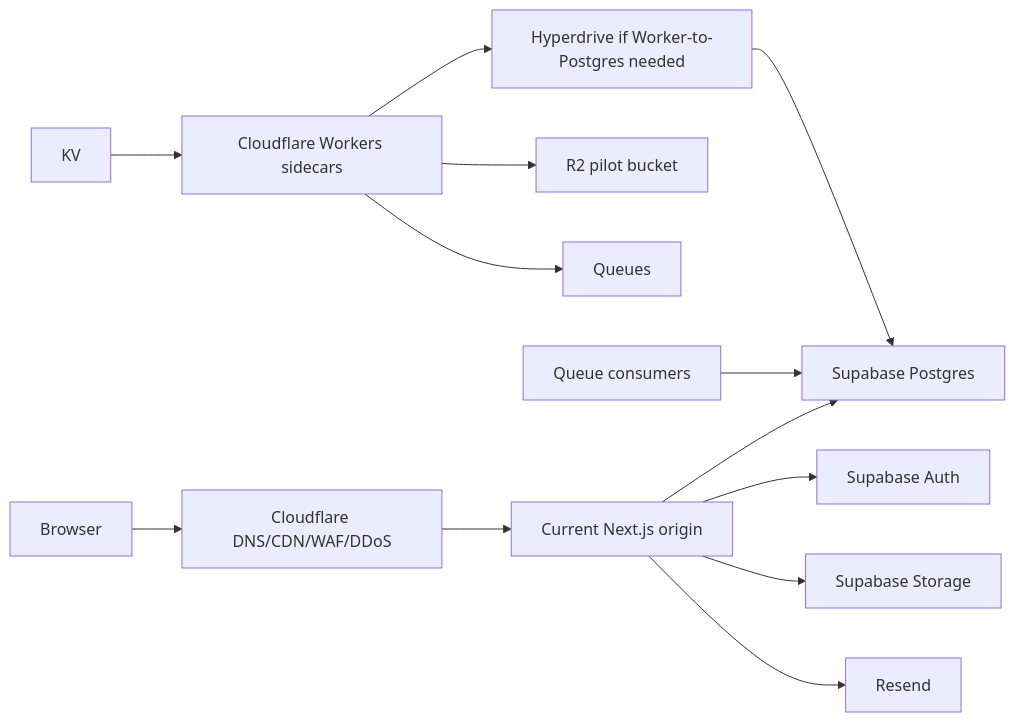
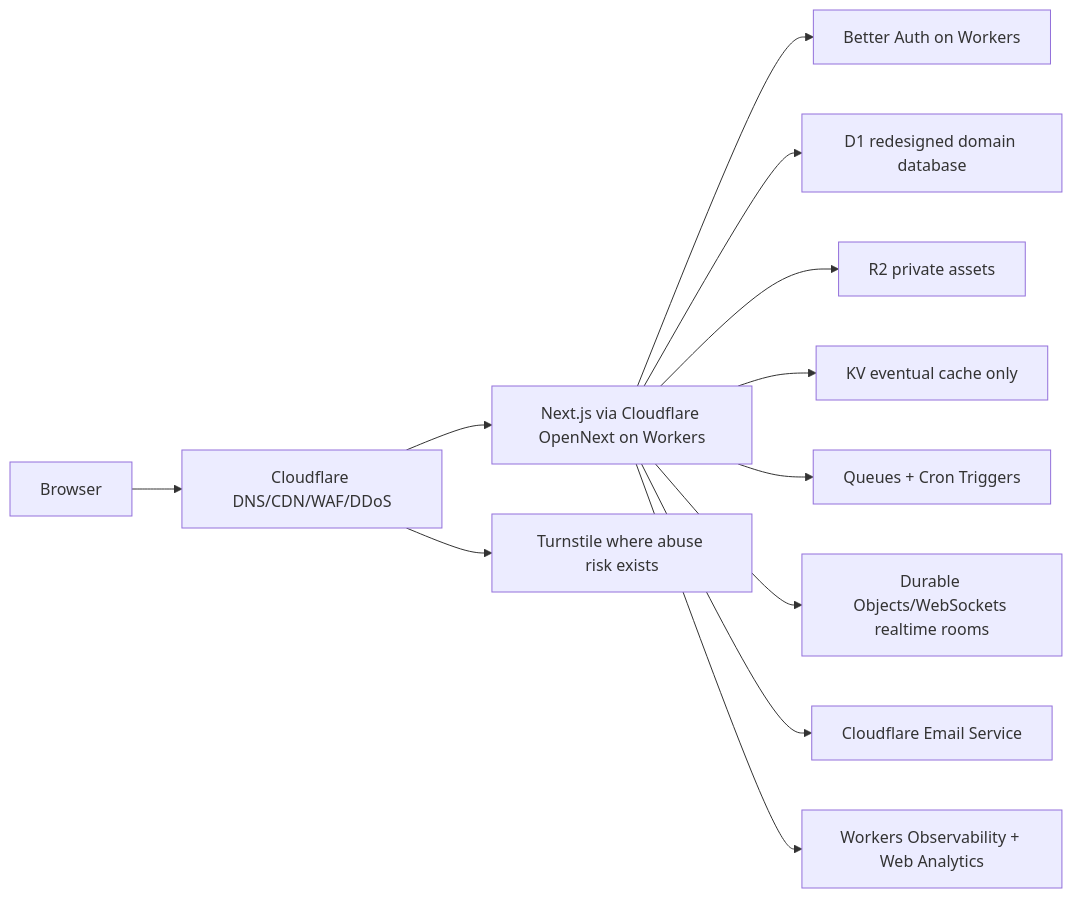
One commit to pjel888/archestimator changed the second of 3 diagrams in .ai/03_plans/2026-06-29-Cloudflare-Migration-Codex/06_ARCHITECTURE_AND_TECHNICAL_DESIGN.md. Above: the diagram before and after it, drawn with Mermaid. The commit also changed other lines of this file and 30 other files, not shown here.

````diff
--- a/.ai/03_plans/2026-06-29-Cloudflare-Migration-Codex/06_ARCHITECTURE_AND_TECHNICAL_DESIGN.md
+++ b/.ai/03_plans/2026-06-29-Cloudflare-Migration-Codex/06_ARCHITECTURE_AND_TECHNICAL_DESIGN.md
@@ -30,15 +30,14 @@
 ```mermaid
 flowchart LR
   User["Browser"] --> CloudflareEdge["Cloudflare DNS/CDN/WAF/DDoS"]
-  CloudflareEdge --> Origin["Current Next.js origin"]
-  Origin --> SupabaseAuth["Supabase Auth"]
-  Origin --> SupabaseDB["Supabase Postgres"]
-  Origin --> SupabaseStorage["Supabase Storage"]
-  Origin --> Resend["Resend"]
-  WorkerSidecars["Cloudflare Workers sidecars"] --> R2["R2 pilot bucket"]
-  WorkerSidecars --> Queues["Queues"]
-  QueueConsumer["Queue consumers"] --> SupabaseDB
-  WorkerSidecars --> Hyperdrive["Hyperdrive if Worker-to-Postgres needed"]
-  Hyperdrive --> SupabaseDB
-  KV["KV"] --> WorkerSidecars
+  CloudflareEdge --> NextWorkers["Next.js via Cloudflare OpenNext on Workers"]
+  NextWorkers --> BetterAuth["Better Auth on Workers"]
+  NextWorkers --> D1["D1 redesigned domain database"]
+  NextWorkers --> R2["R2 private assets"]
+  NextWorkers --> KV["KV eventual cache only"]
+  NextWorkers --> Queues["Queues + Cron Triggers"]
+  NextWorkers --> DO["Durable Objects/WebSockets realtime rooms"]
+  NextWorkers --> EmailService["Cloudflare Email Service"]
+  CloudflareEdge --> Turnstile["Turnstile where abuse risk exists"]
+  NextWorkers --> Observability["Workers Observability + Web Analytics"]
 ```
````
